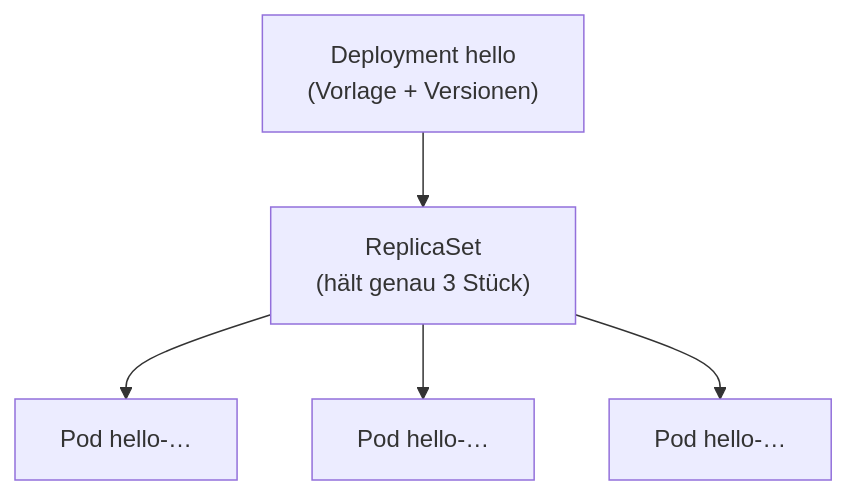
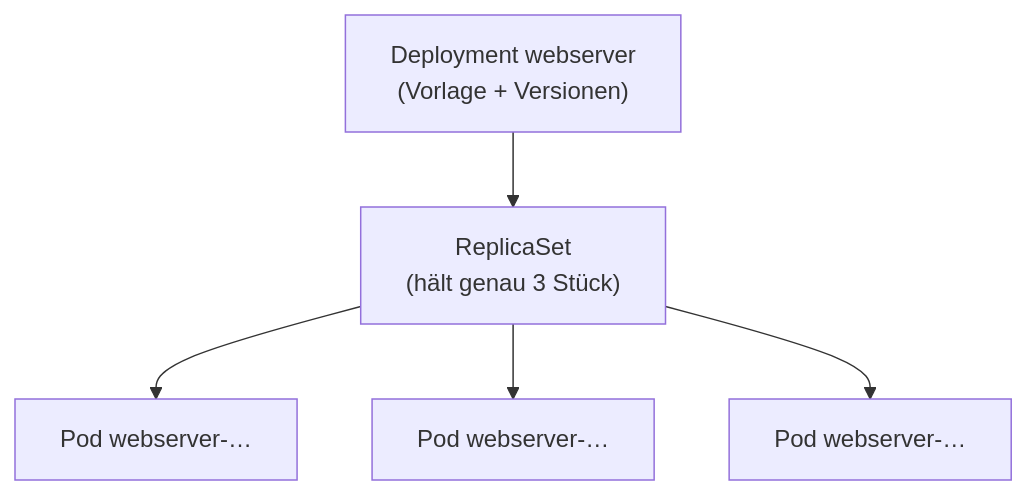
Before and after one commit to JacobMenge/kurs-unterlagen: the second of 2 diagrams in docs/kubernetes-praxis/05-deployments-skalierung.md, drawn with Mermaid. The commit also changed other lines of this file and 12 other files, not shown here.

Commit message:
Durchgängiges Beispiel von hello auf webserver umbenannt, Service-Typen je mit Diagramm

````diff
--- a/docs/kubernetes-praxis/05-deployments-skalierung.md
+++ b/docs/kubernetes-praxis/05-deployments-skalierung.md
@@ -86,7 +86,7 @@
 ```mermaid
 flowchart TB
-  D["Deployment hello<br/>(Vorlage + Versionen)"] --> R["ReplicaSet<br/>(hält genau 3 Stück)"]
-  R --> P1["Pod hello-…"]
-  R --> P2["Pod hello-…"]
-  R --> P3["Pod hello-…"]
+  D["Deployment webserver<br/>(Vorlage + Versionen)"] --> R["ReplicaSet<br/>(hält genau 3 Stück)"]
+  R --> P1["Pod webserver-…"]
+  R --> P2["Pod webserver-…"]
+  R --> P3["Pod webserver-…"]
 ```
````
